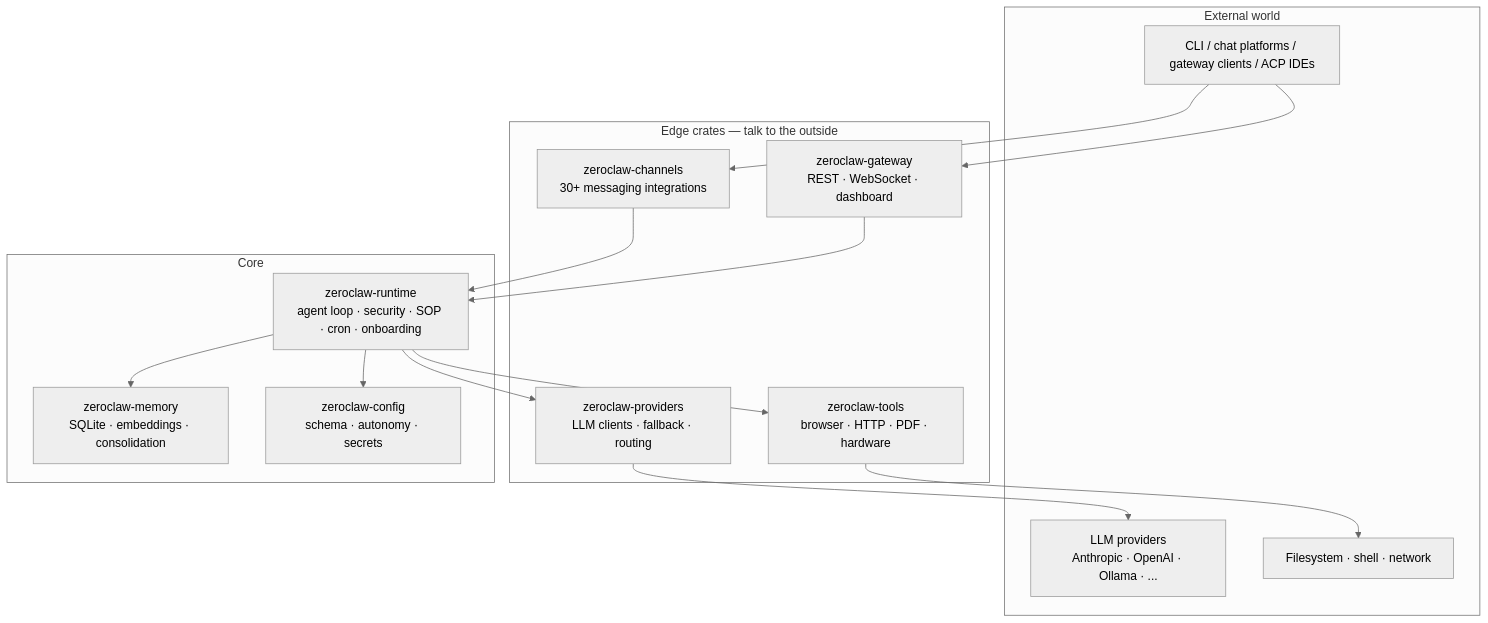
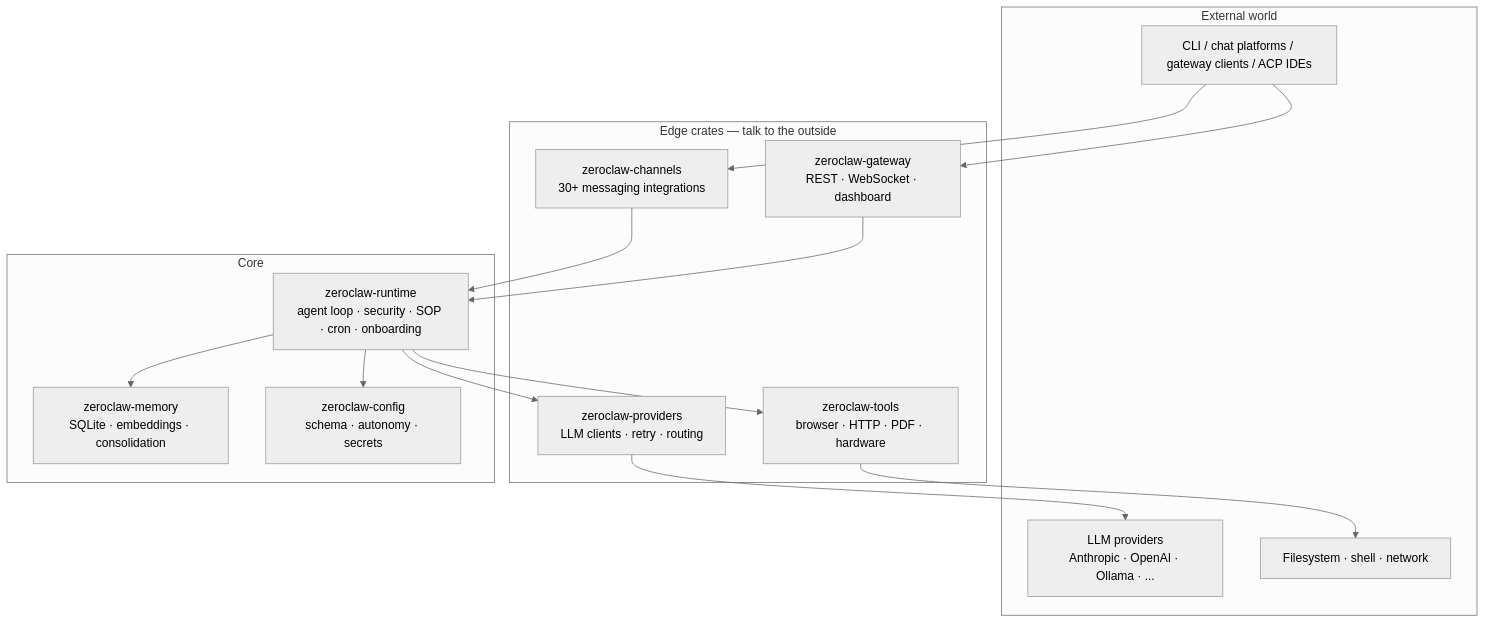
One commit to SUqerBrave/zeroclaw changed the first of 2 diagrams in docs/book/src/architecture/overview.md. Above: the diagram before and after it, drawn with Mermaid (neutral theme). The commit also changed other lines of this file and 614 other files, not shown here.

````diff
--- a/docs/book/src/architecture/overview.md
+++ b/docs/book/src/architecture/overview.md
@@ -7,32 +7,32 @@
 ```mermaid
 flowchart TB
     subgraph External["External world"]
         UI["CLI / chat platforms / gateway clients / ACP IDEs"]
         LLM["LLM providers<br/>Anthropic · OpenAI · Ollama · ..."]
         FS["Filesystem · shell · network"]
     end
 
     subgraph Edges["Edge crates — talk to the outside"]
         CH["zeroclaw-channels<br/>30+ messaging integrations"]
         GW["zeroclaw-gateway<br/>REST · WebSocket · dashboard"]
-        PR["zeroclaw-providers<br/>LLM clients · fallback · routing"]
+        PR["zeroclaw-providers<br/>LLM clients · retry · routing"]
         TL["zeroclaw-tools<br/>browser · HTTP · PDF · hardware"]
     end
 
     subgraph Core["Core"]
         RT["zeroclaw-runtime<br/>agent loop · security · SOP · cron · onboarding"]
         MEM["zeroclaw-memory<br/>SQLite · embeddings · consolidation"]
         CFG["zeroclaw-config<br/>schema · autonomy · secrets"]
     end
 
     UI --> CH
     UI --> GW
     CH --> RT
     GW --> RT
     RT --> PR
     RT --> TL
     RT --> MEM
     RT --> CFG
     PR --> LLM
     TL --> FS
 ```
````
